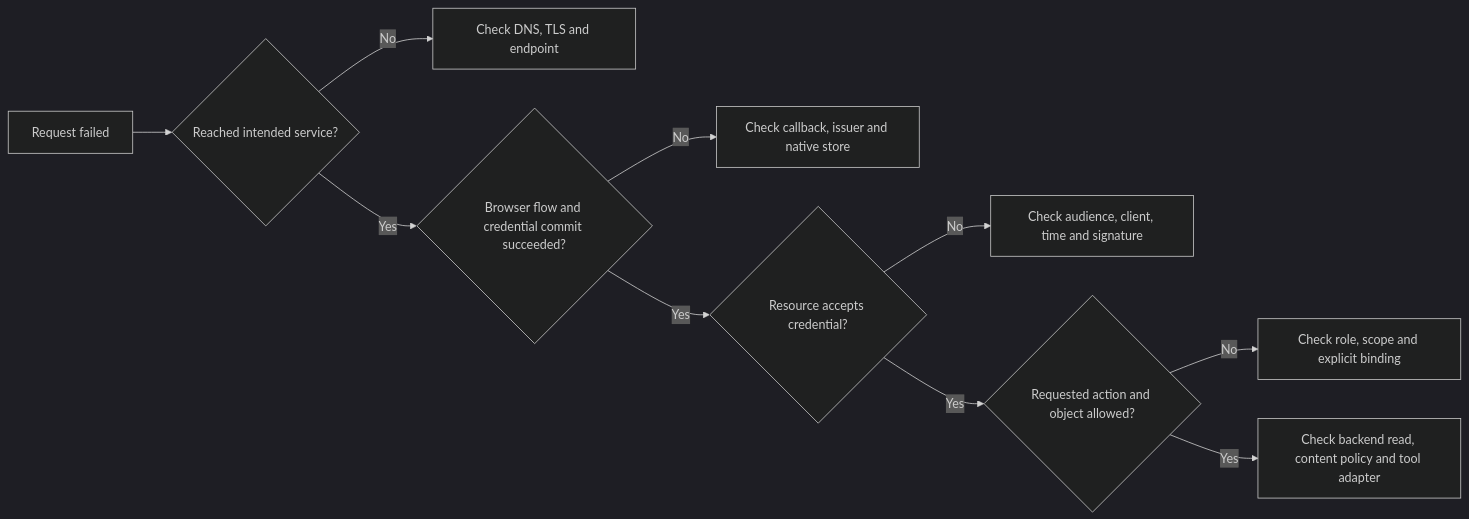
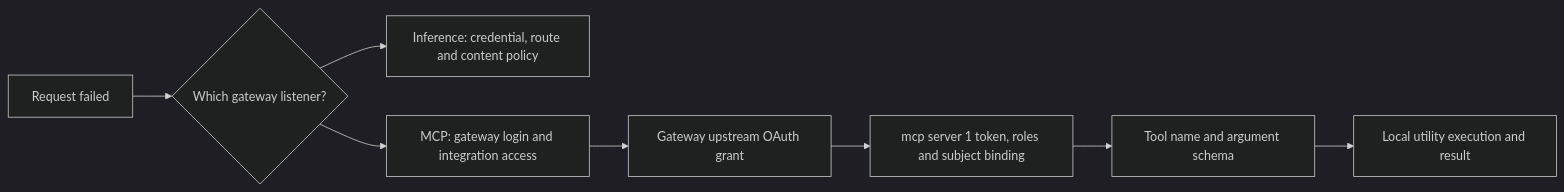
One commit to cdot65/prisma-airs-reference-architecture changed the diagram in docs/troubleshooting.md. Above: the diagram before and after it, drawn with Mermaid (dark theme). The commit also changed other lines of this file and 20 other files, not shown here.

````diff
--- a/docs/troubleshooting.md
+++ b/docs/troubleshooting.md
@@ -11,14 +11,12 @@
 ```mermaid
 flowchart LR
-    accTitle: Diagnose the first failed trust boundary
-    accDescr: Check endpoint reachability, browser login and credential persistence, token validity, action and object permission, then backend access and tool or content-policy behavior.
-    symptom["Request failed"] --> reach{"Reached intended service?"}
-    reach -->|"No"| network["Check DNS, TLS and endpoint"]
-    reach -->|"Yes"| login{"Browser flow and credential commit succeeded?"}
-    login -->|"No"| identity["Check callback, issuer and native store"]
-    login -->|"Yes"| token{"Resource accepts credential?"}
-    token -->|"No"| claims["Check audience, client, time and signature"]
-    token -->|"Yes"| policy{"Requested action and object allowed?"}
-    policy -->|"No"| grants["Check role, scope and explicit binding"]
-    policy -->|"Yes"| backend["Check backend read, content policy and tool adapter"]
+    accTitle: Diagnose inference and local MCP utility failures
+    accDescr: Identify the failing listener, check network reachability and credentials, inspect gateway and server grants, and then validate utility arguments and local execution. No downstream management API appears in the utility path.
+    failure["Request failed"] --> destination{"Which gateway listener?"}
+    destination --> inference["Inference: credential, route and content policy"]
+    destination --> mcp["MCP: gateway login and integration access"]
+    mcp --> upstream["Gateway upstream OAuth grant"]
+    upstream --> grant["mcp server 1 token, roles and subject binding"]
+    grant --> input["Tool name and argument schema"]
+    input --> execution["Local utility execution and result"]
 ```
````
